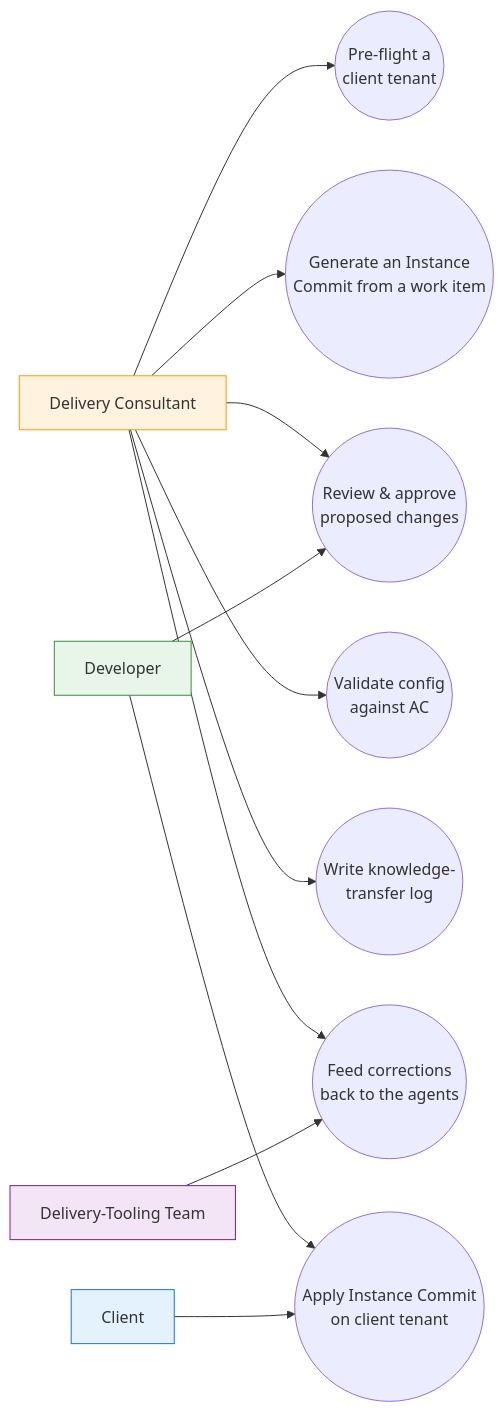
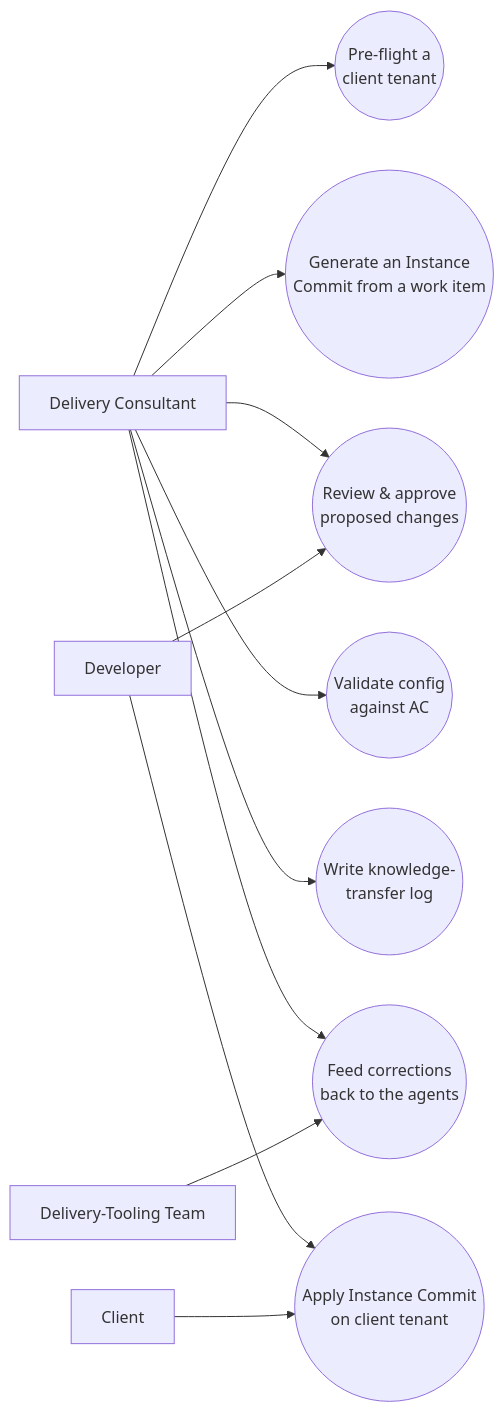
One commit to omars-lab/omars-lab.github.io changed diagram 12 of 14 in bytesofpurpose-blog/designs/2026-02-27-autonomous-build-agents.mdx. Above: the diagram before and after it, drawn with Mermaid. The commit also changed other lines of this file and 6 other files, not shown here.

First line of the commit message:
feat(designs): on-brand mermaid theme + dark-mode-adaptive diagrams

````diff
--- a/bytesofpurpose-blog/designs/2026-02-27-autonomous-build-agents.mdx
+++ b/bytesofpurpose-blog/designs/2026-02-27-autonomous-build-agents.mdx
@@ -1212,31 +1179,27 @@
 ```mermaid
 flowchart LR
     TC["Delivery Consultant"]
     DEV["Developer"]
     CUST["Client"]
     DTT["Delivery-Tooling Team"]
 
     UC1(("Pre-flight a<br/>client tenant"))
     UC2(("Generate an Instance<br/>Commit from a work item"))
     UC3(("Review & approve<br/>proposed changes"))
     UC4(("Apply Instance Commit<br/>on client tenant"))
     UC5(("Validate config<br/>against AC"))
     UC6(("Write knowledge-<br/>transfer log"))
     UC7(("Feed corrections<br/>back to the agents"))
 
     TC --> UC1
     TC --> UC2
     TC --> UC3
     TC --> UC5
     TC --> UC6
     TC --> UC7
     DEV --> UC3
     DEV --> UC4
     CUST --> UC4
     DTT --> UC7
 
-    style TC fill:#fff3e0,stroke:#ff9800
-    style DEV fill:#e8f5e9,stroke:#388e3c
-    style CUST fill:#e3f2fd,stroke:#1976d2
-    style DTT fill:#f3e5f5,stroke:#7b1fa2
 ```
````
